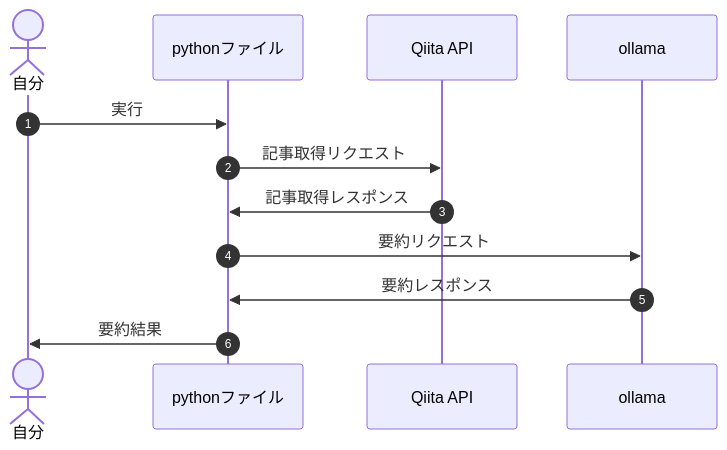
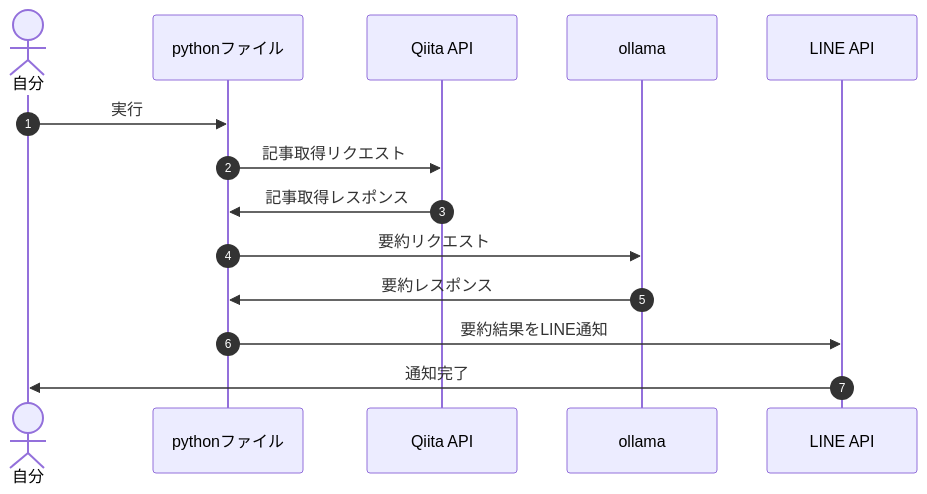
Before and after one commit to Ohira-Shunpei/zenn: the diagram in articles/4b717a23726a0b.md, drawn with Mermaid. The commit also changed other lines of this file, not shown here.

````diff
--- a/articles/4b717a23726a0b.md
+++ b/articles/4b717a23726a0b.md
@@ -23,14 +20,16 @@
 ```mermaid
 sequenceDiagram
     autonumber
     actor 自分
     participant python as pythonファイル
     participant qiita as Qiita API
     participant llm as ollama
+    participant line as LINE API
     自分->>python: 実行
     python->>qiita: 記事取得リクエスト
     qiita->>python: 記事取得レスポンス
     python->>llm: 要約リクエスト
     llm->>python: 要約レスポンス
-    python->>自分: 要約結果
+    python->>line: 要約結果をLINE通知
+    line->>自分: 通知完了
 ```
````
